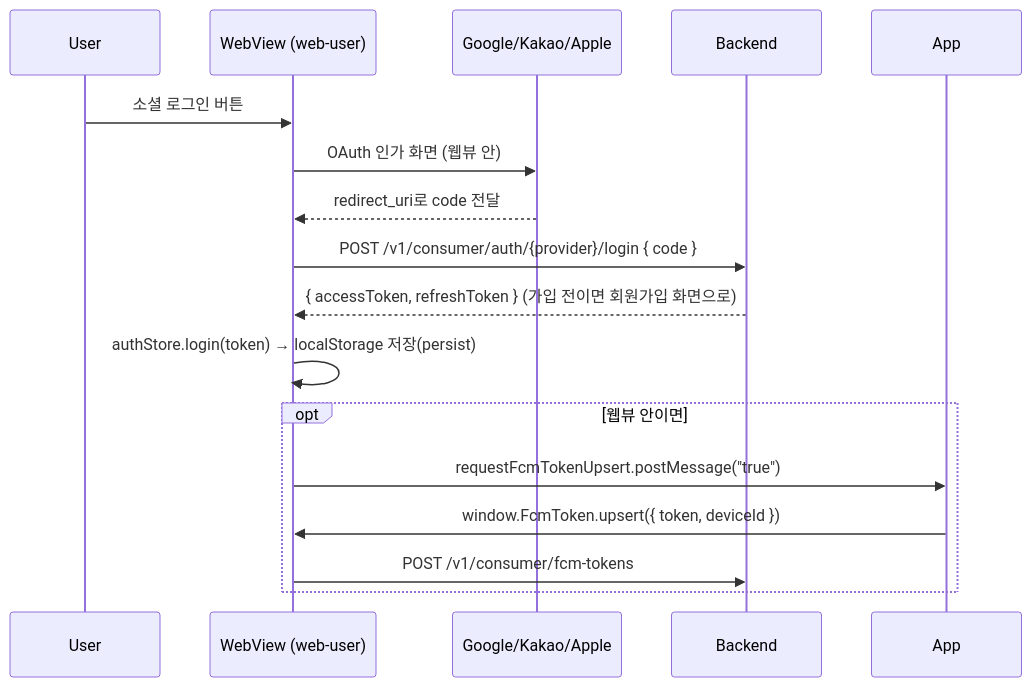
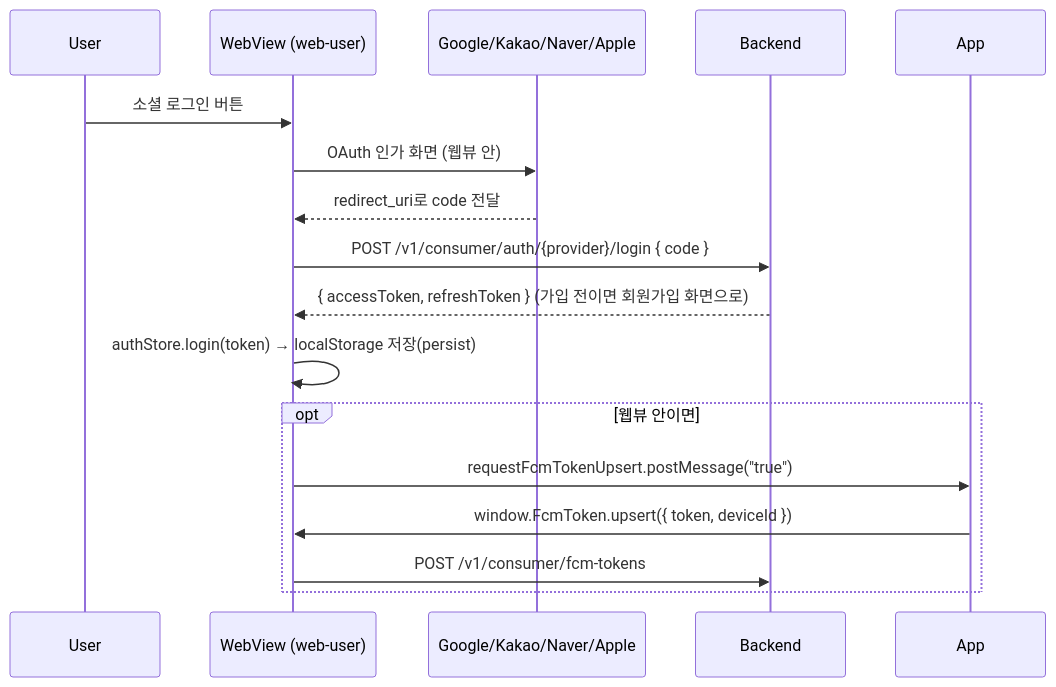
One commit to picake-team/picake-engineering-web changed the first of 3 diagrams in docs/common/feature/사용자 - 웹뷰 인증.md. Above: the diagram before and after it, drawn with Mermaid. The commit also changed other lines of this file and 4 other files, not shown here.

````diff
--- a/docs/common/feature/사용자 - 웹뷰 인증.md
+++ b/docs/common/feature/사용자 - 웹뷰 인증.md
@@ -36,20 +36,20 @@
 ```mermaid
 sequenceDiagram
     participant U as User
     participant W as WebView (web-user)
-    participant P as Google/Kakao/Apple
+    participant P as Google/Kakao/Naver/Apple
     participant B as Backend
     participant F as App
 
     U->>W: 소셜 로그인 버튼
     W->>P: OAuth 인가 화면 (웹뷰 안)
     P-->>W: redirect_uri로 code 전달
     W->>B: POST /v1/consumer/auth/{provider}/login { code }
     B-->>W: { accessToken, refreshToken } (가입 전이면 회원가입 화면으로)
     W->>W: authStore.login(token) → localStorage 저장(persist)
     opt 웹뷰 안이면
         W->>F: requestFcmTokenUpsert.postMessage("true")
         F->>W: window.FcmToken.upsert({ token, deviceId })
         W->>B: POST /v1/consumer/fcm-tokens
     end
 ```
````
